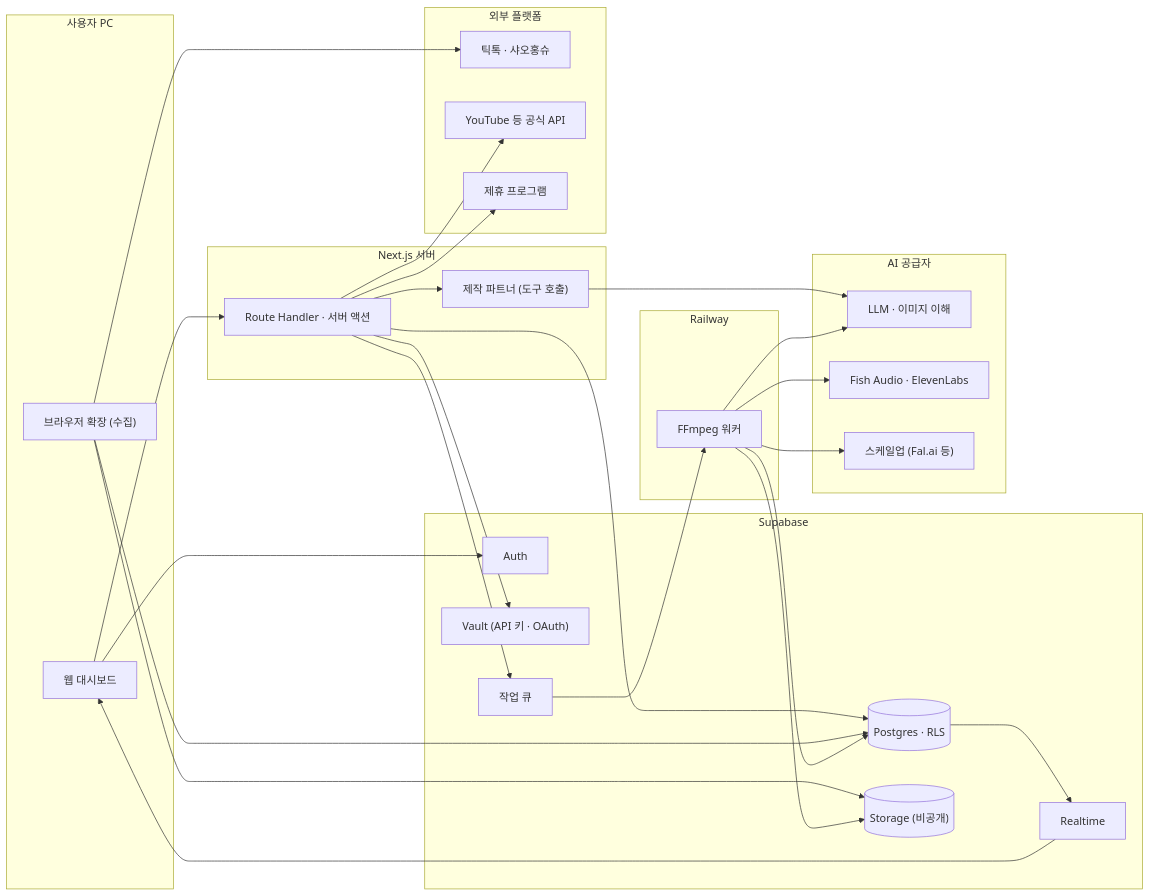
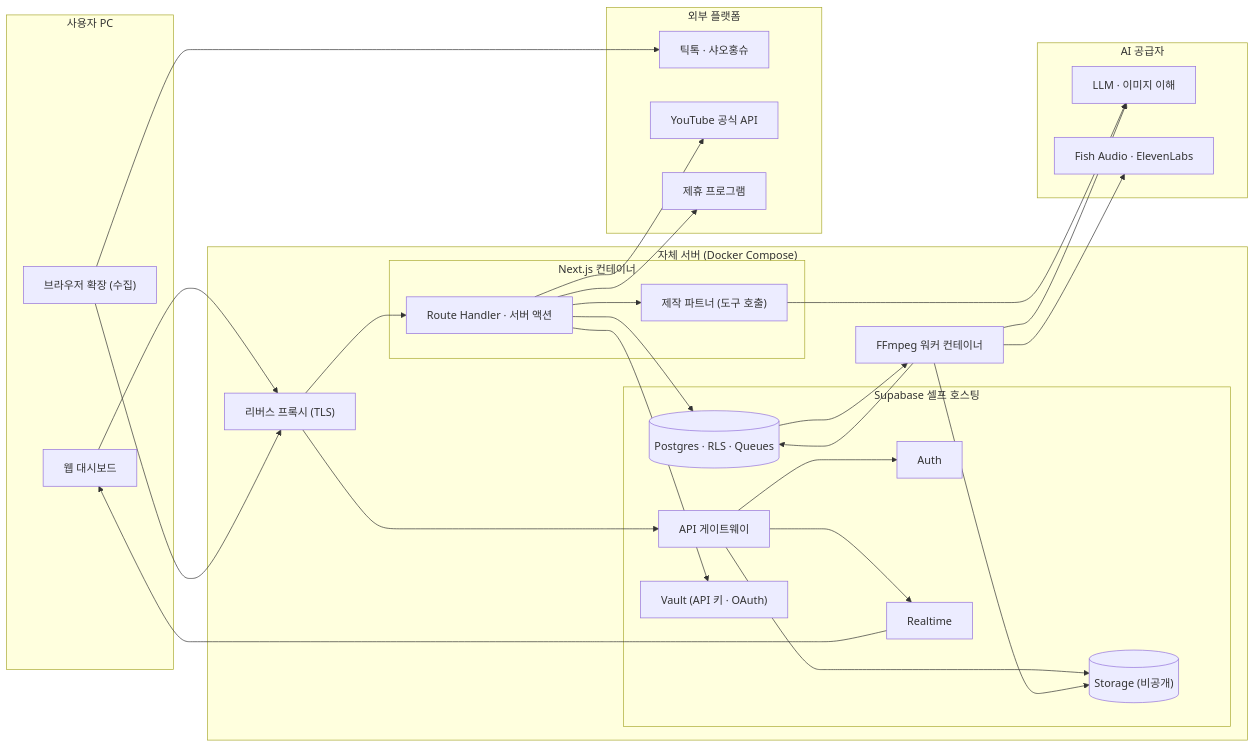
One commit to DevOps0906/Shopping-Shorts-Maker changed the diagram in docs/diagrams/system-architecture.mmd. Above: the diagram before and after it, drawn with Mermaid. The commit also changed 71 other files, not shown here.

```diff
--- a/docs/diagrams/system-architecture.mmd
+++ b/docs/diagrams/system-architecture.mmd
@@ -1,50 +1,50 @@
 flowchart LR
   subgraph client["사용자 PC"]
     browser["웹 대시보드"]
     ext["브라우저 확장 (수집)"]
   end
-  subgraph app["Next.js 서버"]
-    routes["Route Handler · 서버 액션"]
-    agent["제작 파트너 (도구 호출)"]
-  end
-  subgraph supa["Supabase"]
-    auth["Auth"]
-    db[("Postgres · RLS")]
-    storage[("Storage (비공개)")]
-    realtime["Realtime"]
-    vault["Vault (API 키 · OAuth)"]
-    queue["작업 큐"]
-  end
-  subgraph worker["Railway"]
-    ffmpeg["FFmpeg 워커"]
+  subgraph server["자체 서버 (Docker Compose)"]
+    proxy["리버스 프록시 (TLS)"]
+    subgraph app["Next.js 컨테이너"]
+      routes["Route Handler · 서버 액션"]
+      agent["제작 파트너 (도구 호출)"]
+    end
+    subgraph supa["Supabase 셀프 호스팅"]
+      gateway["API 게이트웨이"]
+      auth["Auth"]
+      db[("Postgres · RLS · Queues")]
+      storage[("Storage (비공개)")]
+      realtime["Realtime"]
+      vault["Vault (API 키 · OAuth)"]
+    end
+    ffmpeg["FFmpeg 워커 컨테이너"]
   end
   subgraph ai["AI 공급자"]
     llm["LLM · 이미지 이해"]
     tts["Fish Audio · ElevenLabs"]
-    fal["스케일업 (Fal.ai 등)"]
   end
   subgraph ext_src["외부 플랫폼"]
     source_sites["틱톡 · 샤오홍슈"]
-    publish_sites["YouTube 등 공식 API"]
+    publish_sites["YouTube 공식 API"]
     affiliate["제휴 프로그램"]
   end
-  browser --> routes
-  browser --> auth
+  browser --> proxy
+  ext --> proxy
+  proxy --> routes
+  proxy --> gateway
+  gateway --> auth
+  gateway --> storage
+  gateway --> realtime
   realtime --> browser
   routes --> agent
   routes --> db
-  routes --> queue
+  routes --> vault
   agent --> llm
   ext --> source_sites
-  ext --> storage
-  ext --> db
-  queue --> ffmpeg
+  db --> ffmpeg
   ffmpeg --> storage
   ffmpeg --> db
   ffmpeg --> tts
-  ffmpeg --> fal
   ffmpeg --> llm
-  db --> realtime
-  routes --> vault
   routes --> publish_sites
   routes --> affiliate
```
